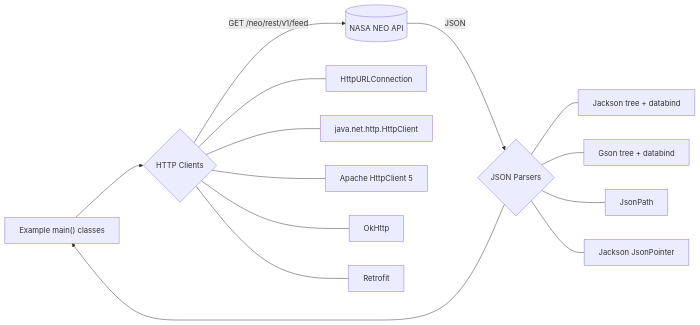
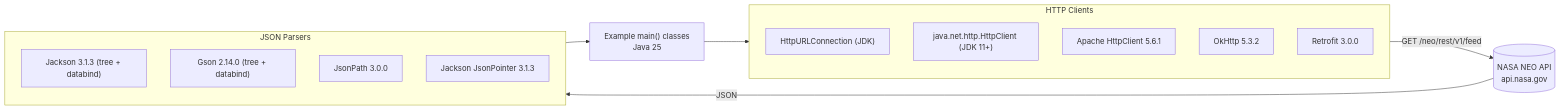
Before and after one commit to AndriyKalashnykov/maven-simple: the diagram in README.md, drawn with Mermaid. The commit also changed other lines of this file and 6 other files, not shown here.

````diff
--- a/README.md
+++ b/README.md
@@ -10,18 +10,27 @@
 ```mermaid
 flowchart LR
-    App["Example main() classes"] --> HC{HTTP Clients}
-    HC -->|"GET /neo/rest/v1/feed"| API[("NASA NEO API")]
-    API -->|JSON| JP{JSON Parsers}
-    JP --> App
+    App["Example main() classes<br/>Java 25"]
+    NEO[("NASA NEO API<br/>api.nasa.gov")]
 
-    HC --- HC1[HttpURLConnection]
-    HC --- HC2["java.net.http.HttpClient"]
-    HC --- HC3[Apache HttpClient 5]
-    HC --- HC4[OkHttp]
-    HC --- HC5[Retrofit]
+    subgraph HTTPC["HTTP Clients"]
+        direction TB
+        HC1["HttpURLConnection (JDK)"]
+        HC2["java.net.http.HttpClient (JDK 11+)"]
+        HC3["Apache HttpClient 5.6.1"]
+        HC4["OkHttp 5.3.2"]
+        HC5["Retrofit 3.0.0"]
+    end
 
-    JP --- JP1["Jackson tree + databind"]
-    JP --- JP2["Gson tree + databind"]
-    JP --- JP3[JsonPath]
-    JP --- JP4[Jackson JsonPointer]
+    subgraph JSONP["JSON Parsers"]
+        direction TB
+        JP1["Jackson 3.1.3 (tree + databind)"]
+        JP2["Gson 2.14.0 (tree + databind)"]
+        JP3["JsonPath 3.0.0"]
+        JP4["Jackson JsonPointer 3.1.3"]
+    end
+
+    App --> HTTPC
+    HTTPC -->|"GET /neo/rest/v1/feed"| NEO
+    NEO -->|"JSON"| JSONP
+    JSONP --> App
 ```
````
